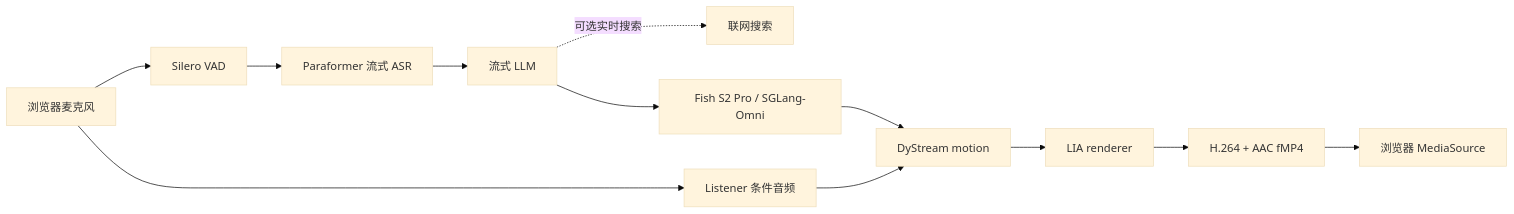
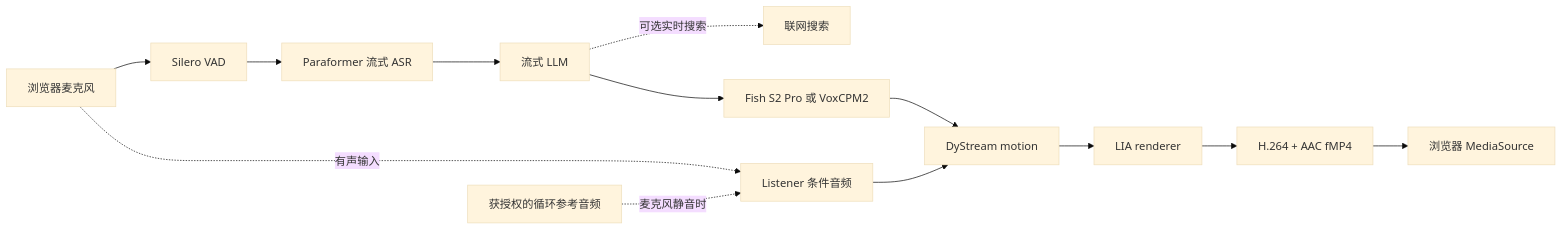
Before and after one commit to XinchengSun/OpenVA-Dialogue: the diagram in README_zh-CN.md, drawn with Mermaid (base theme). The commit also changed other lines of this file and 13 other files, not shown here.

````diff
--- a/README_zh-CN.md
+++ b/README_zh-CN.md
@@ -80,14 +93,15 @@
 ```mermaid
 flowchart LR
     MIC["浏览器麦克风"] --> VAD["Silero VAD"]
     VAD --> ASR["Paraformer 流式 ASR"]
     ASR --> LLM["流式 LLM"]
     LLM -. 可选实时搜索 .-> SEARCH["联网搜索"]
-    LLM --> TTS["Fish S2 Pro / SGLang-Omni"]
+    LLM --> TTS["Fish S2 Pro 或 VoxCPM2"]
     TTS --> MOTION["DyStream motion"]
-    MIC --> LISTENER["Listener 条件音频"]
+    MIC -. 有声输入 .-> LISTENER["Listener 条件音频"]
+    REF["获授权的循环参考音频"] -. 麦克风静音时 .-> LISTENER
     LISTENER --> MOTION
     MOTION --> RENDER["LIA renderer"]
     RENDER --> MEDIA["H.264 + AAC fMP4"]
     MEDIA --> BROWSER["浏览器 MediaSource"]
 ```
````
